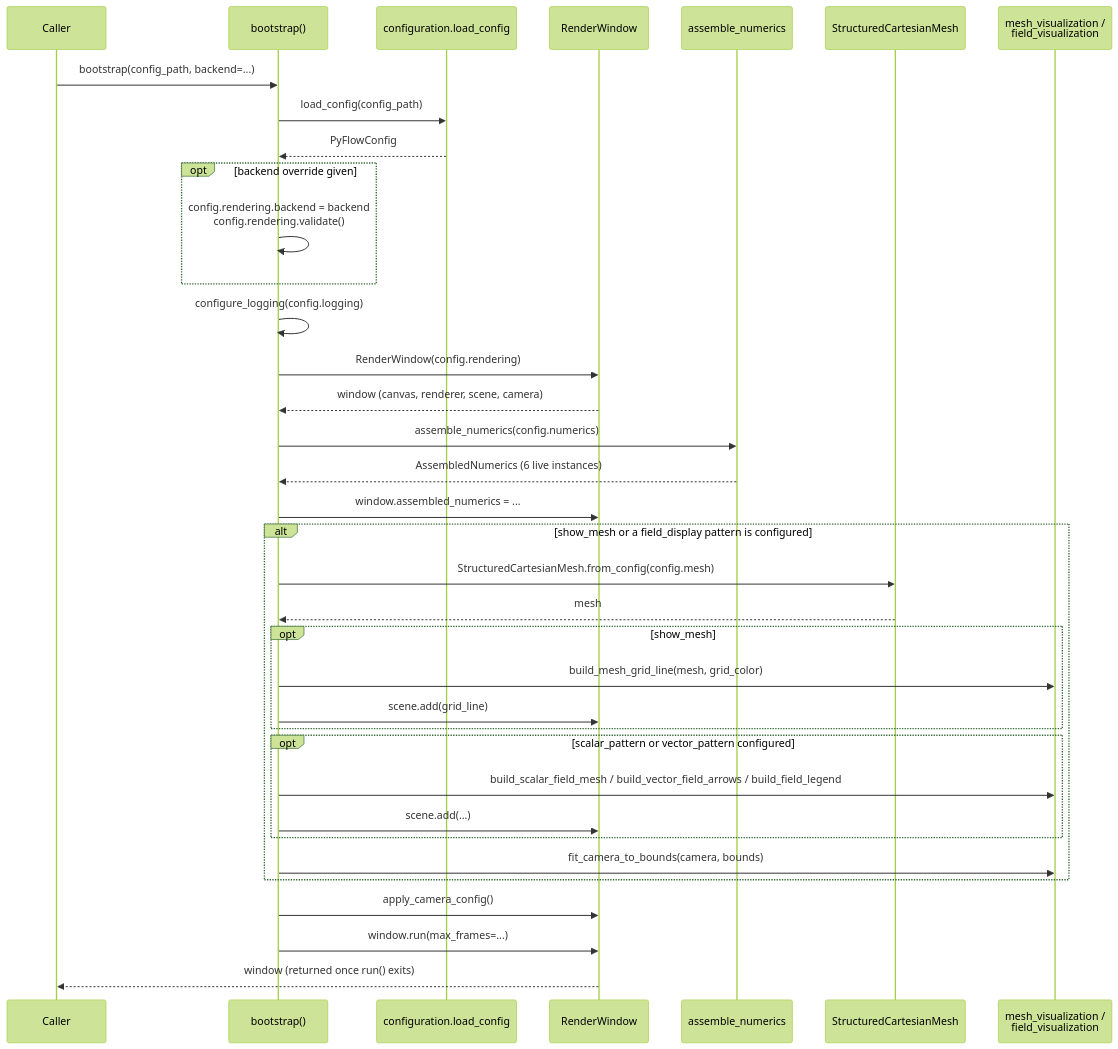
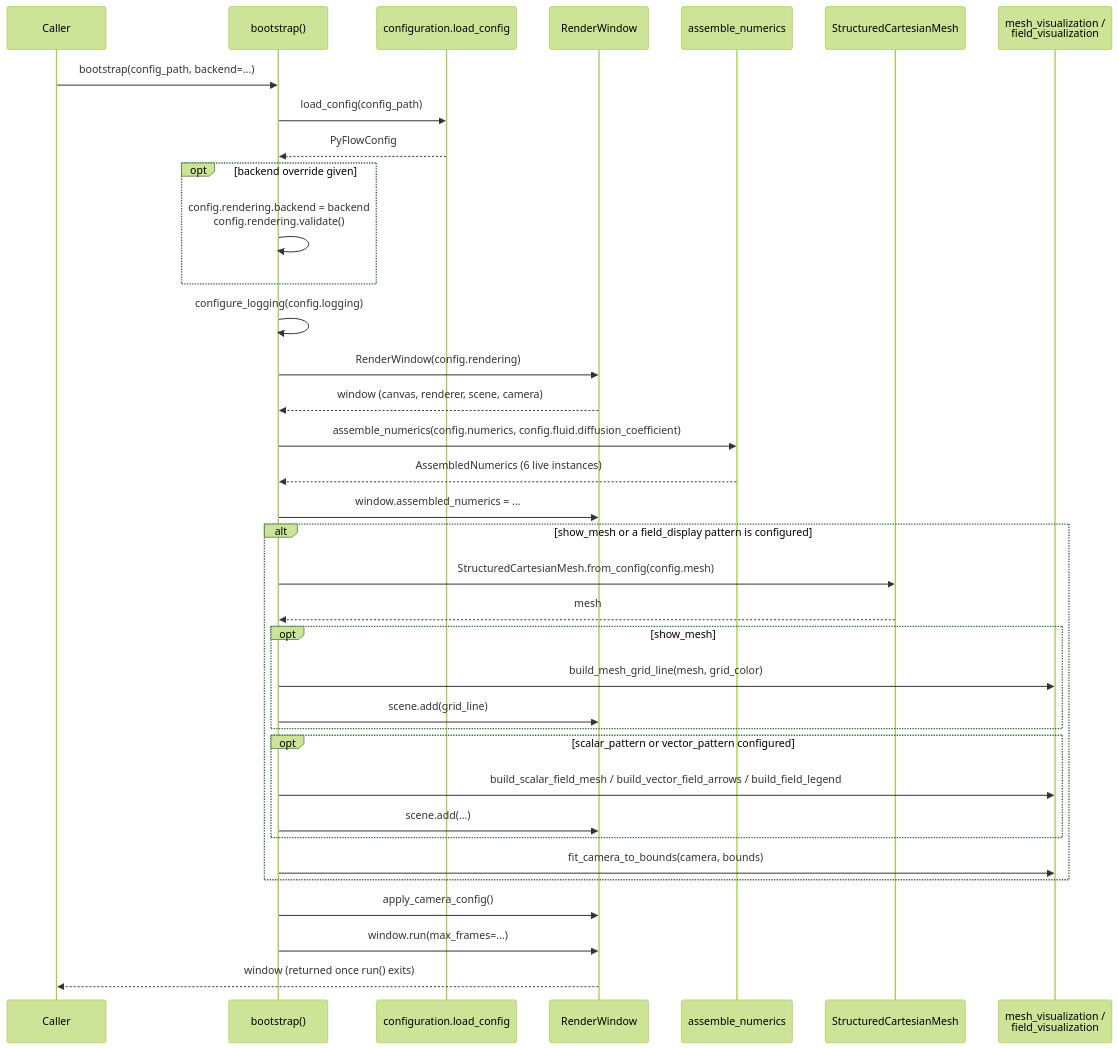
The first of 5 diagrams in docs/architecture/sequences.md (AdamClemens/PyFlow), drawn with Mermaid (forest theme) before and after one commit. The commit also changed other lines of this file and 24 other files, not shown here.

First line of the commit message:
Add fluid configuration section, migrate diffusion_coefficient into it (TASK-041)

````diff
--- a/docs/architecture/sequences.md
+++ b/docs/architecture/sequences.md
@@ -27,39 +27,39 @@
 ```mermaid
 sequenceDiagram
     participant Caller
     participant bootstrap as bootstrap()
     participant Config as configuration.load_config
     participant Window as RenderWindow
     participant Assembly as assemble_numerics
     participant Mesh as StructuredCartesianMesh
     participant Viz as mesh_visualization /<br/>field_visualization
 
     Caller->>bootstrap: bootstrap(config_path, backend=...)
     bootstrap->>Config: load_config(config_path)
     Config-->>bootstrap: PyFlowConfig
     opt backend override given
         bootstrap->>bootstrap: config.rendering.backend = backend<br/>config.rendering.validate()
     end
     bootstrap->>bootstrap: configure_logging(config.logging)
     bootstrap->>Window: RenderWindow(config.rendering)
     Window-->>bootstrap: window (canvas, renderer, scene, camera)
-    bootstrap->>Assembly: assemble_numerics(config.numerics)
+    bootstrap->>Assembly: assemble_numerics(config.numerics, config.fluid.diffusion_coefficient)
     Assembly-->>bootstrap: AssembledNumerics (6 live instances)
     bootstrap->>Window: window.assembled_numerics = ...
     alt show_mesh or a field_display pattern is configured
         bootstrap->>Mesh: StructuredCartesianMesh.from_config(config.mesh)
         Mesh-->>bootstrap: mesh
         opt show_mesh
             bootstrap->>Viz: build_mesh_grid_line(mesh, grid_color)
             bootstrap->>Window: scene.add(grid_line)
         end
         opt scalar_pattern or vector_pattern configured
             bootstrap->>Viz: build_scalar_field_mesh / build_vector_field_arrows / build_field_legend
             bootstrap->>Window: scene.add(...)
         end
         bootstrap->>Viz: fit_camera_to_bounds(camera, bounds)
     end
     bootstrap->>Window: apply_camera_config()
     bootstrap->>Window: window.run(max_frames=...)
     Window-->>Caller: window (returned once run() exits)
 ```
````
